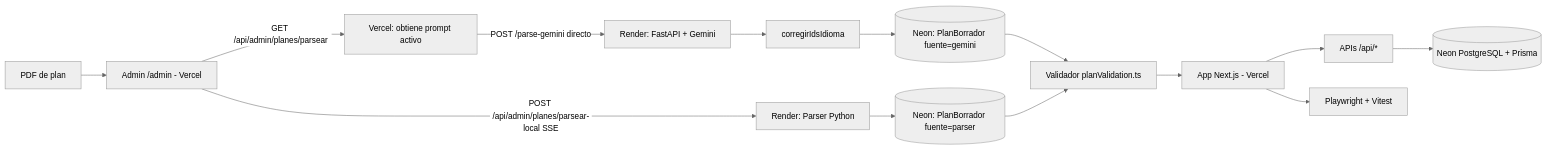
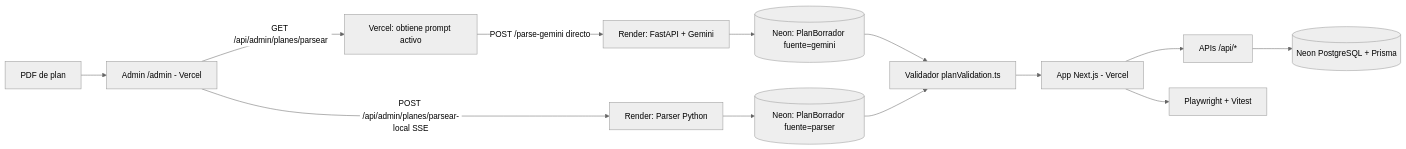
The diagram in README.md (candela-ledesma/uns-correlativas-web), drawn with Mermaid (neutral theme) before and after one commit. The commit also changed other lines of this file and 5 other files, not shown here.

````diff
--- a/README.md
+++ b/README.md
@@ -15,16 +15,15 @@
 ```mermaid
 flowchart LR
   A[PDF de plan] --> I[Admin /admin - Vercel]
   I -->|GET /api/admin/planes/parsear| VP[Vercel: obtiene prompt activo]
   VP -->|POST /parse-gemini directo| B2[Render: FastAPI + Gemini]
   I -->|POST /api/admin/planes/parsear-local SSE| B1[Render: Parser Python]
-  B2 --> PP[corregirIdsIdioma]
-  PP --> BD[(Neon: PlanBorrador fuente=gemini)]
+  B2 --> BD[(Neon: PlanBorrador fuente=gemini)]
   B1 --> BD2[(Neon: PlanBorrador fuente=parser)]
   BD --> D[Validador planValidation.ts]
   BD2 --> D
   D --> E[App Next.js - Vercel]
   E --> F[APIs /api/*]
   F --> G[(Neon PostgreSQL + Prisma)]
   E --> H[Playwright + Vitest]
 ```
````
